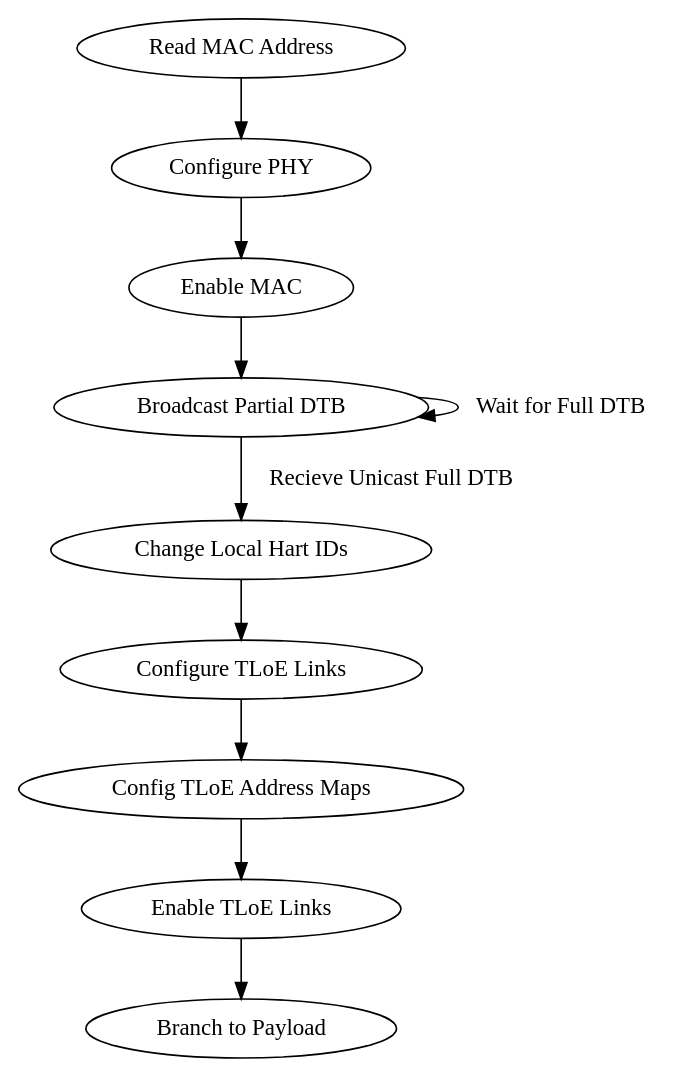
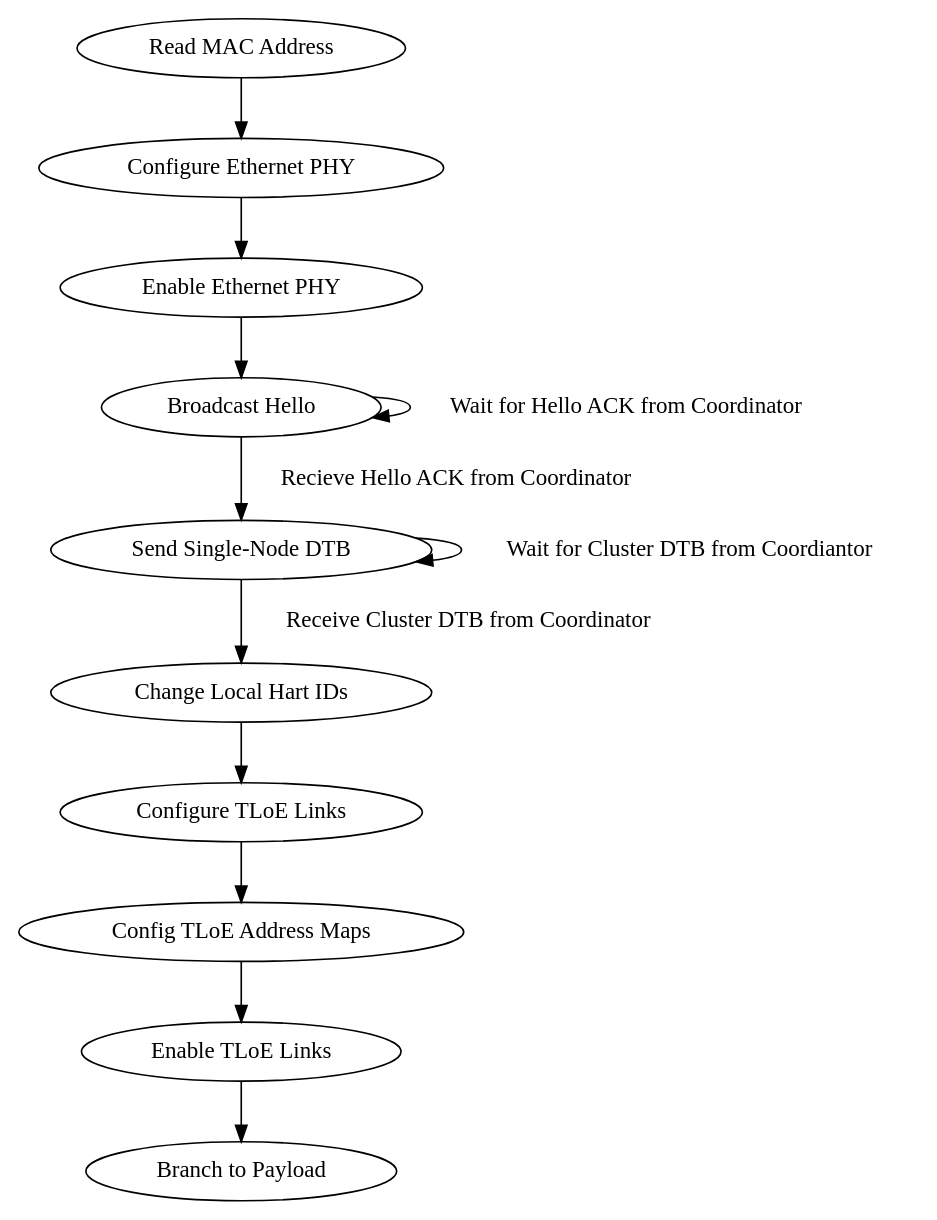
One commit to chipsalliance/omnixtend changed the diagram in InitializationProtocol/boot.dot. Above: the diagram before and after it, drawn with Graphviz. The commit also changed 1 other file, not shown here.

```diff
--- a/InitializationProtocol/boot.dot
+++ b/InitializationProtocol/boot.dot
@@ -1,36 +1,48 @@
 // Copyright (c) 2020 SiFive Inc.
 // SPDX-License-Identifier: CC-BY-4.0
 
 digraph bootprotocol {
         /* Node definitions */
         readmac [label="Read MAC Address"];
-        configphy [label="Configure PHY"];
-        enablemac [label="Enable MAC"];
-        broadcastdtb [label="Broadcast Partial DTB"];
+        configphy [label="Configure Ethernet PHY"];
+        enablemac [label="Enable Ethernet PHY"];
+
+        broadcasthello [label="Broadcast Hello"];
+
+        sendsingledtb [label="Send Single-Node DTB"];
+        
         changehartid [label="Change Local Hart IDs"];
         configlinks [label="Configure TLoE Links"];
         mapaddrs [label="Config TLoE Address Maps"];
         enablelinks [label="Enable TLoE Links"];
         payload [label="Branch to Payload"];
 
         /* PHY initialization */
         subgraph phyinit {
                 readmac -> configphy;
                 configphy -> enablemac;
-                enablemac -> broadcastdtb;
+                enablemac -> broadcasthello;
         }
 
         /* Broadcast loop */
-        subgraph loop {
-                broadcastdtb -> broadcastdtb [label="Wait for Full DTB"];
+        subgraph loop_hello {
+                broadcasthello -> broadcasthello [label="Wait for Hello ACK from Coordinator"];
         }
+
+        broadcasthello -> sendsingledtb [label="Recieve Hello ACK from Coordinator"];
+
+        /* DTB Exchange */
+        subgraph loop_dtb {
+                sendsingledtb -> sendsingledtb [label="Wait for Cluster DTB from Coordiantor"];
+        }
+
+        sendsingledtb -> changehartid [label="Receive Cluster DTB from Coordinator"];
 
         /* TLoE Configuration */
         subgraph tloeinit {
-                broadcastdtb -> changehartid [label="Recieve Unicast Full DTB"];
                 changehartid -> configlinks;
                 configlinks -> mapaddrs;
                 mapaddrs -> enablelinks;
                 enablelinks -> payload;
         }
 }
```
